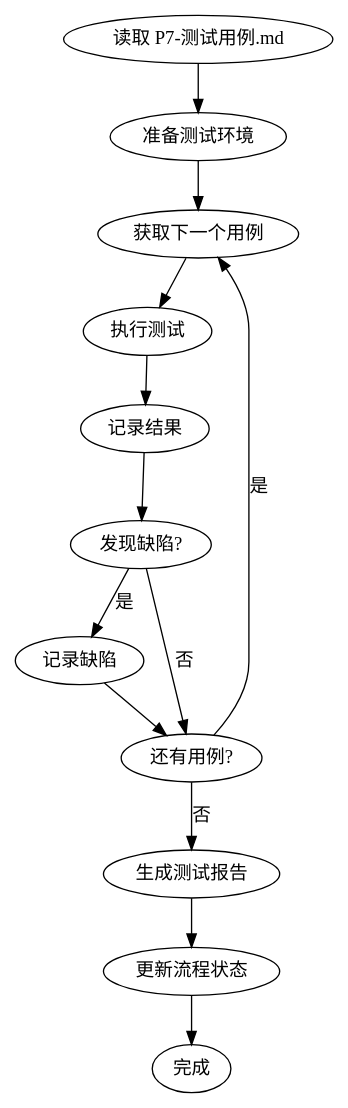
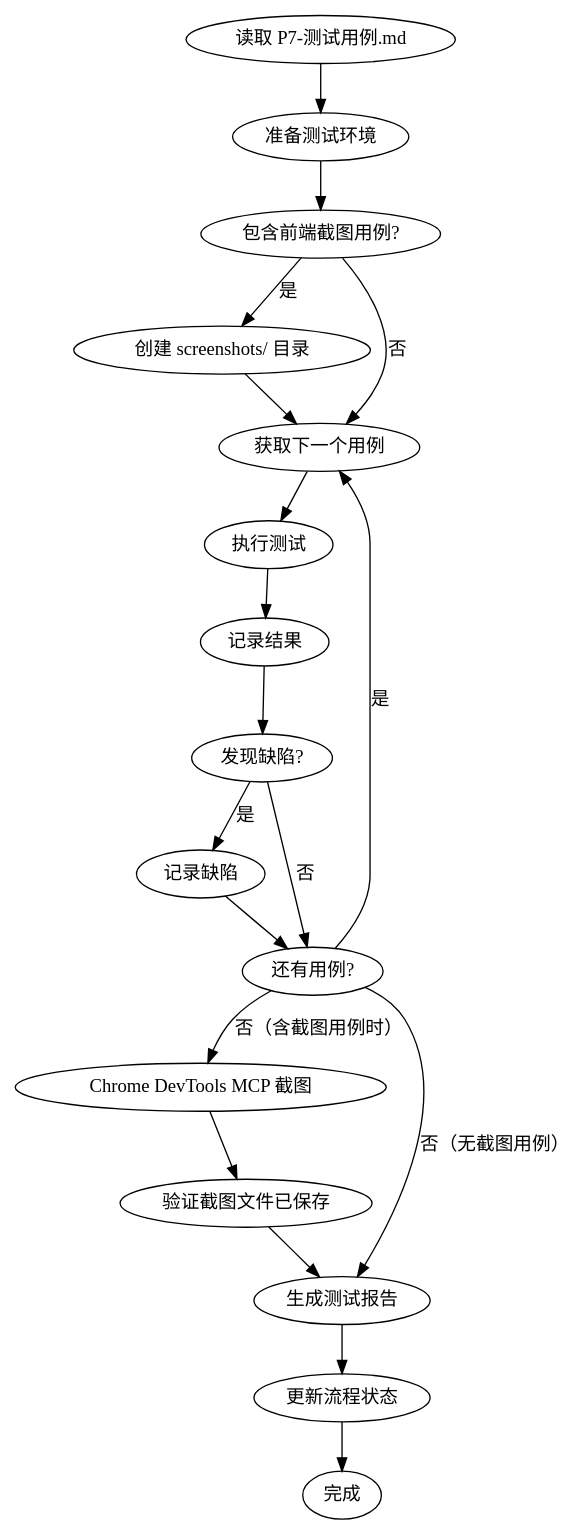
Before and after one commit to MTleen/ideal-lab: the diagram in best-practices/dev-workflow/ideal-test-exec/references/test-exec-flow.md, drawn with Graphviz. The commit also changed other lines of this file and 7 other files, not shown here.

First line of the commit message:
feat(dev-workflow): update ideal-flow-control + dependencies

````diff
--- a/best-practices/dev-workflow/ideal-test-exec/references/test-exec-flow.md
+++ b/best-practices/dev-workflow/ideal-test-exec/references/test-exec-flow.md
@@ -3,27 +3,38 @@
 ```dot
 digraph testexec_workflow {
     rankdir=TB;
 
     start [label="读取 P7-测试用例.md"];
     prepare [label="准备测试环境"];
+    check_screenshot [label="包含前端截图用例?"];
+    create_dir [label="创建 screenshots/ 目录"];
     loop_start [label="获取下一个用例"];
     execute [label="执行测试"];
     record [label="记录结果"];
     defect [label="发现缺陷?"];
     log [label="记录缺陷"];
     more [label="还有用例?"];
+    screenshot_exec [label="Chrome DevTools MCP 截图"];
+    screenshot_verify [label="验证截图文件已保存"];
     report [label="生成测试报告"];
     update [label="更新流程状态"];
     end [label="完成"];
 
-    start -> prepare -> loop_start;
+    start -> prepare;
+    prepare -> check_screenshot;
+    check_screenshot -> create_dir [label="是"];
+    check_screenshot -> loop_start [label="否"];
+    create_dir -> loop_start;
     loop_start -> execute -> record;
     record -> defect;
     defect -> log [label="是"];
     defect -> more [label="否"];
     log -> more;
     more -> loop_start [label="是"];
-    more -> report [label="否"];
+    more -> screenshot_exec [label="否（含截图用例时）"];
+    more -> report [label="否（无截图用例）"];
+    screenshot_exec -> screenshot_verify;
+    screenshot_verify -> report;
     report -> update -> end;
 }
 ```
````
